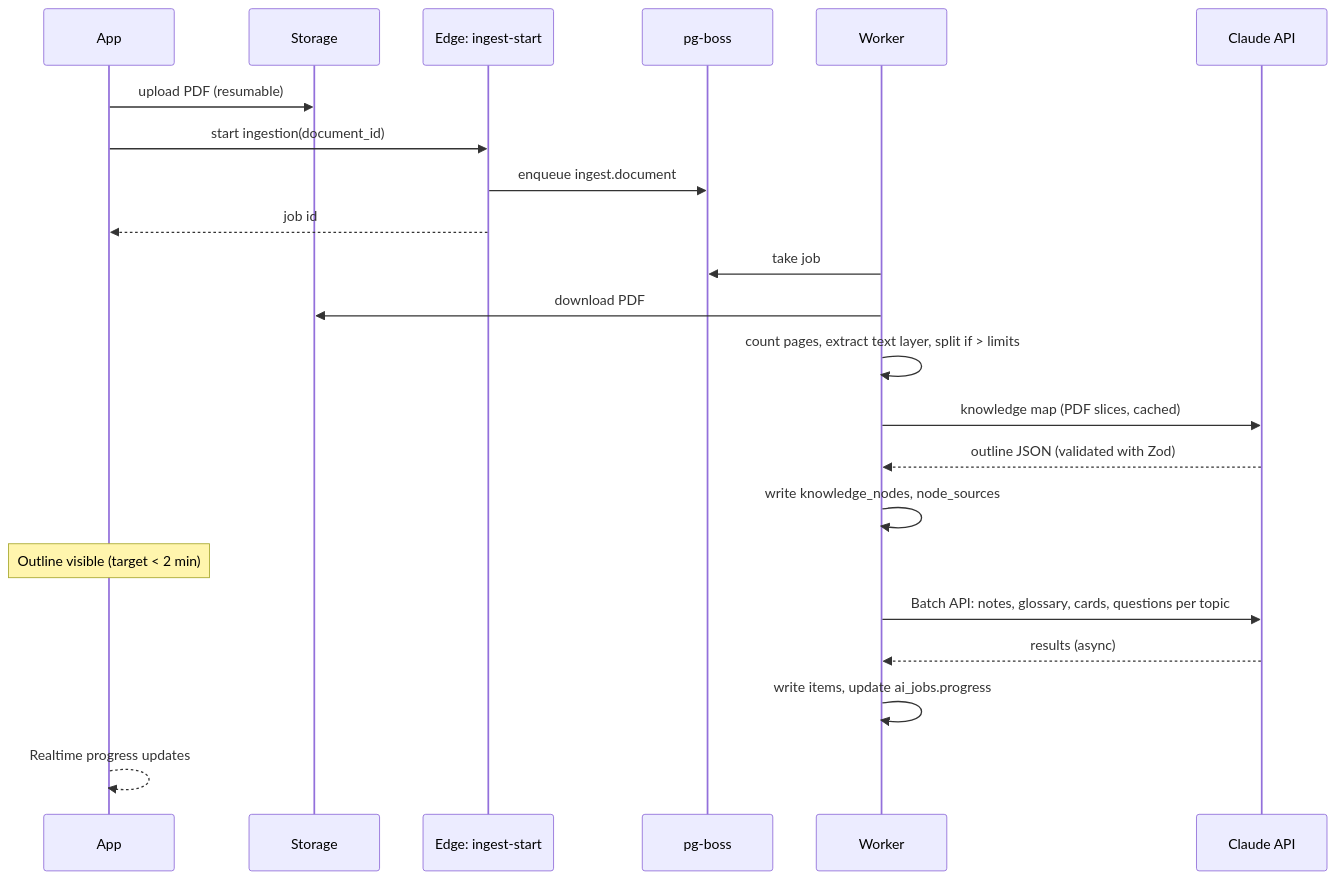
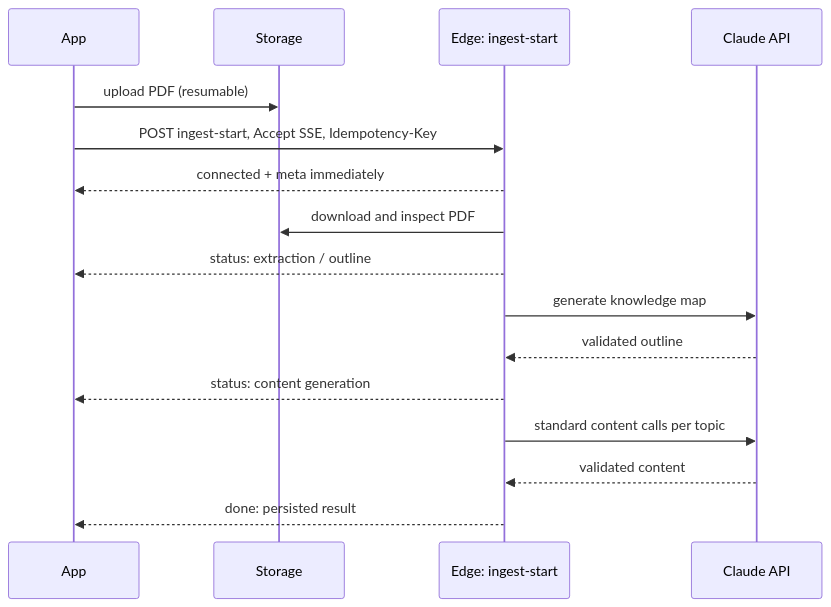
One commit to mariajunqueiramirandas-cpu/Studify changed the third of 3 diagrams in docs/engineering/architecture.md. Above: the diagram before and after it, drawn with Mermaid. The commit also changed other lines of this file and 290 other files, not shown here.

````diff
--- a/docs/engineering/architecture.md
+++ b/docs/engineering/architecture.md
@@ -191,24 +162,19 @@
 ```mermaid
 sequenceDiagram
   participant A as App
   participant S as Storage
   participant E as Edge: ingest-start
-  participant Q as pg-boss
-  participant W as Worker
   participant C as Claude API
   A->>S: upload PDF (resumable)
-  A->>E: start ingestion(document_id)
-  E->>Q: enqueue ingest.document
-  E-->>A: job id
-  W->>Q: take job
-  W->>S: download PDF
-  W->>W: count pages, extract text layer, split if > limits
-  W->>C: knowledge map (PDF slices, cached)
-  C-->>W: outline JSON (validated with Zod)
-  W->>W: write knowledge_nodes, node_sources
-  Note over A: Outline visible (target < 2 min)
-  W->>C: Batch API: notes, glossary, cards, questions per topic
-  C-->>W: results (async)
-  W->>W: write items, update ai_jobs.progress
-  A-->>A: Realtime progress updates
+  A->>E: POST ingest-start, Accept SSE, Idempotency-Key
+  E-->>A: connected + meta immediately
+  E->>S: download and inspect PDF
+  E-->>A: status: extraction / outline
+  E->>C: generate knowledge map
+  C-->>E: validated outline
+  E-->>A: status: content generation
+  E->>C: standard content calls per topic
+  C-->>E: validated content
+  E-->>A: done: persisted result
+
 ```
````
